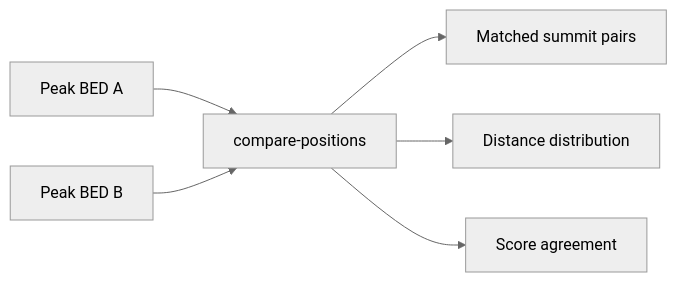
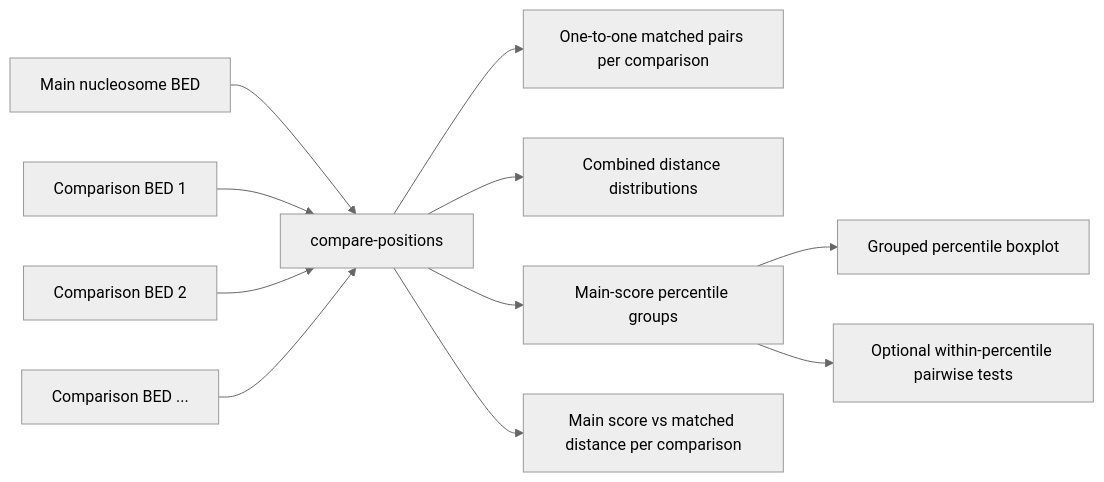
Before and after one commit to adjohnston85/NucleoSuite: diagram 11 of 16 in docs/WORKFLOWS.md, drawn with Mermaid (neutral theme). The commit also changed other lines of this file and 28 other files, not shown here.

````diff
--- a/docs/WORKFLOWS.md
+++ b/docs/WORKFLOWS.md
@@ -241,8 +264,13 @@
 ```mermaid
 flowchart LR
-    A[Peak BED A] --> C[compare-positions]
-    B[Peak BED B] --> C
-    C --> D[Matched summit pairs]
-    C --> E[Distance distribution]
-    C --> F[Score agreement]
+    A[Main nucleosome BED] --> C[compare-positions]
+    B1[Comparison BED 1] --> C
+    B2[Comparison BED 2] --> C
+    B3[Comparison BED ...] --> C
+    C --> D[One-to-one matched pairs per comparison]
+    C --> E[Combined distance distributions]
+    C --> F[Main-score percentile groups]
+    F --> G[Grouped percentile boxplot]
+    F --> H[Optional within-percentile pairwise tests]
+    C --> I[Main score vs matched distance per comparison]
 ```
````
